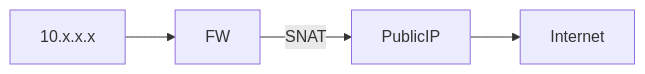
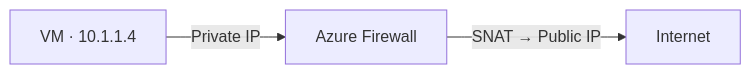
One commit to atulkamble/Azure-Firewall changed the fourth of 10 diagrams in azure-firewall.md. Above: the diagram before and after it, drawn with Mermaid. The commit also changed other lines of this file, not shown here.

````diff
--- a/azure-firewall.md
+++ b/azure-firewall.md
@@ -111,6 +117,5 @@
 ```mermaid
 flowchart LR
-    VM[10.x.x.x] --> FW
-    FW -->|SNAT| PublicIP
-    PublicIP --> Internet
+    VM["VM · 10.1.1.4"] -->|Private IP| FW[Azure Firewall]
+    FW -->|"SNAT → Public IP"| Internet
 ```
````
